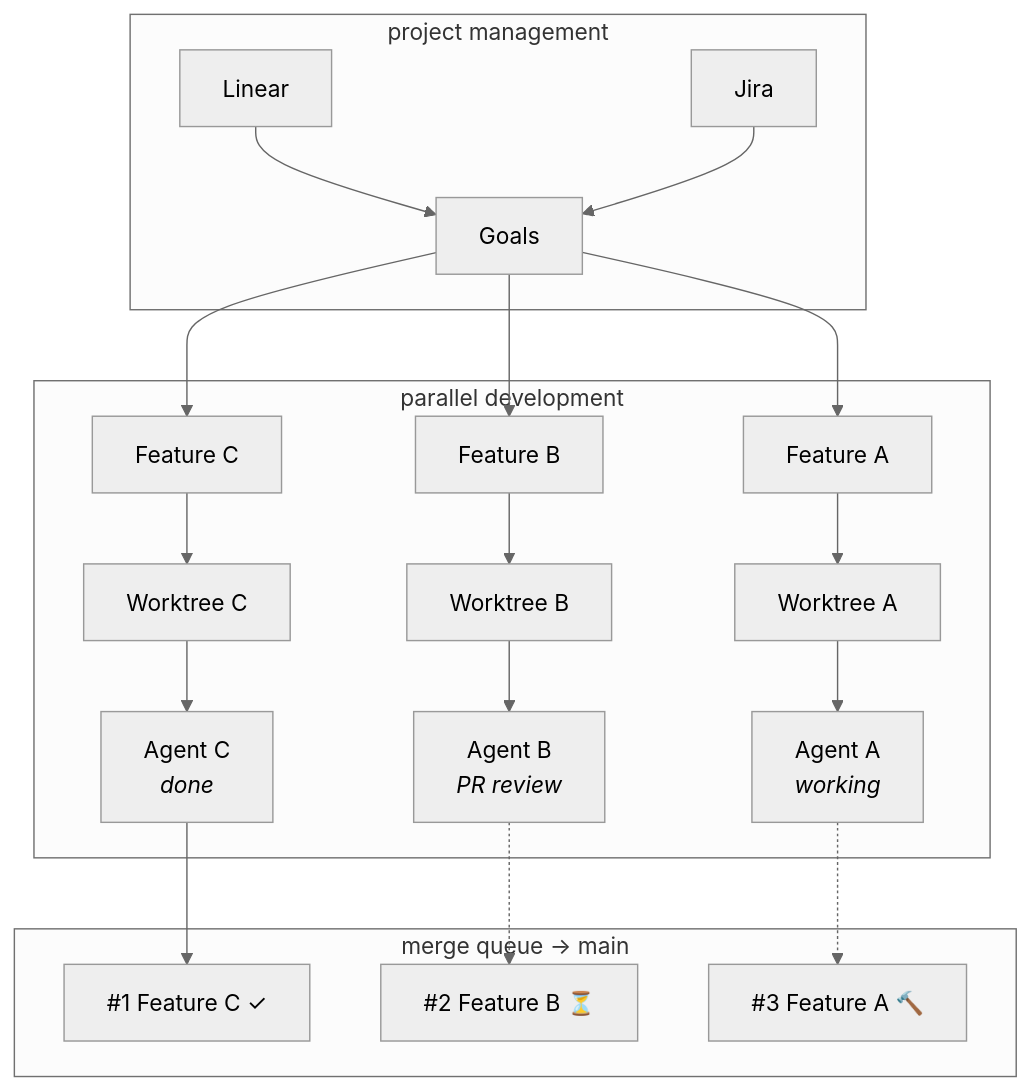
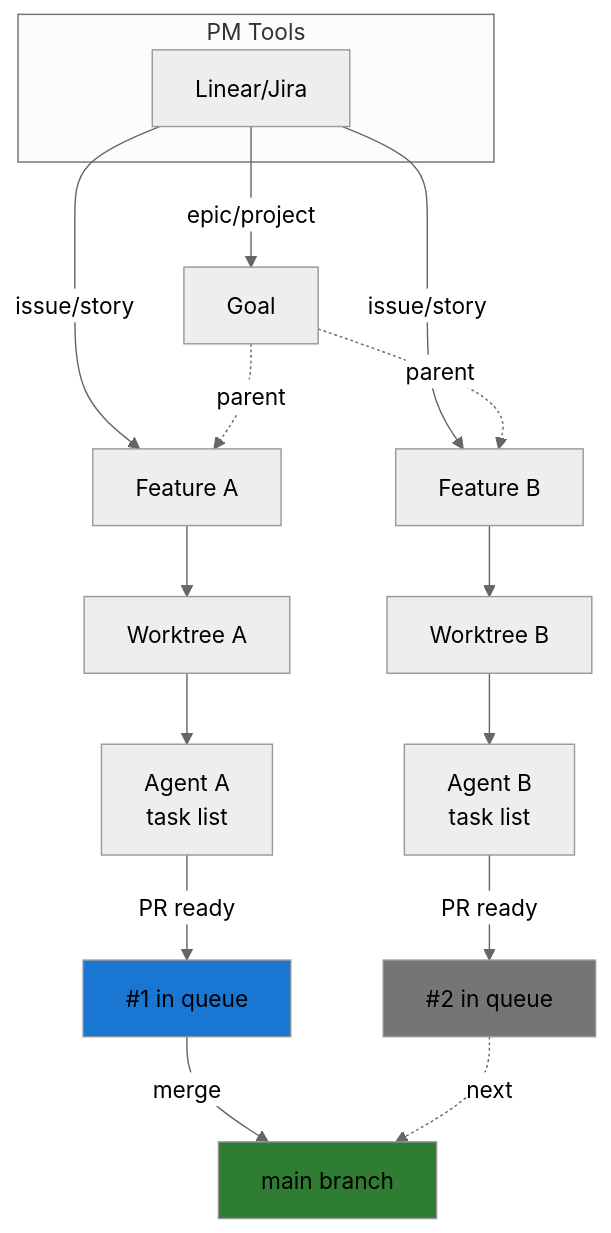
One commit to drew-mcl/athena changed the diagram in README.md. Above: the diagram before and after it, drawn with Mermaid (neutral theme). The commit also changed other lines of this file, not shown here.

````diff
--- a/README.md
+++ b/README.md
@@ -130,28 +16,29 @@
 ```mermaid
 graph TD
-    subgraph pm ["project management"]
-        Linear["Linear"] --> Goals
-        Jira["Jira"] --> Goals
-        Goals["Goals"]
+    subgraph pm ["PM Tools"]
+        Linear[Linear/Jira]
     end
 
-    Goals --> F1["Feature A"]
-    Goals --> F2["Feature B"]
-    Goals --> F3["Feature C"]
+    Linear -->|epic/project| G[Goal]
+    Linear -->|issue/story| F1[Feature A]
+    Linear -->|issue/story| F2[Feature B]
 
-    subgraph parallel ["parallel development"]
-        F1 --> W1["Worktree A"] --> A1["Agent A<br/><i>working</i>"]
-        F2 --> W2["Worktree B"] --> A2["Agent B<br/><i>PR review</i>"]
-        F3 --> W3["Worktree C"] --> A3["Agent C<br/><i>done</i>"]
-    end
+    G -.parent.-> F1
+    G -.parent.-> F2
 
-    subgraph queue ["merge queue → main"]
-        Q1["#1 Feature C ✓"]
-        Q2["#2 Feature B ⏳"]
-        Q3["#3 Feature A 🔨"]
-    end
+    F1 --> W1[Worktree A]
+    F2 --> W2[Worktree B]
 
-    A3 --> Q1
-    A2 -.-> Q2
-    A1 -.-> Q3
+    W1 --> A1[Agent A<br/>task list]
+    W2 --> A2[Agent B<br/>task list]
+
+    A1 -->|PR ready| Q1[#1 in queue]
+    A2 -->|PR ready| Q2[#2 in queue]
+
+    Q1 -->|merge| Main[main branch]
+    Q2 -.next.-> Main
+
+    style Main fill:#2e7d32
+    style Q1 fill:#1976d2
+    style Q2 fill:#757575
 ```
````
